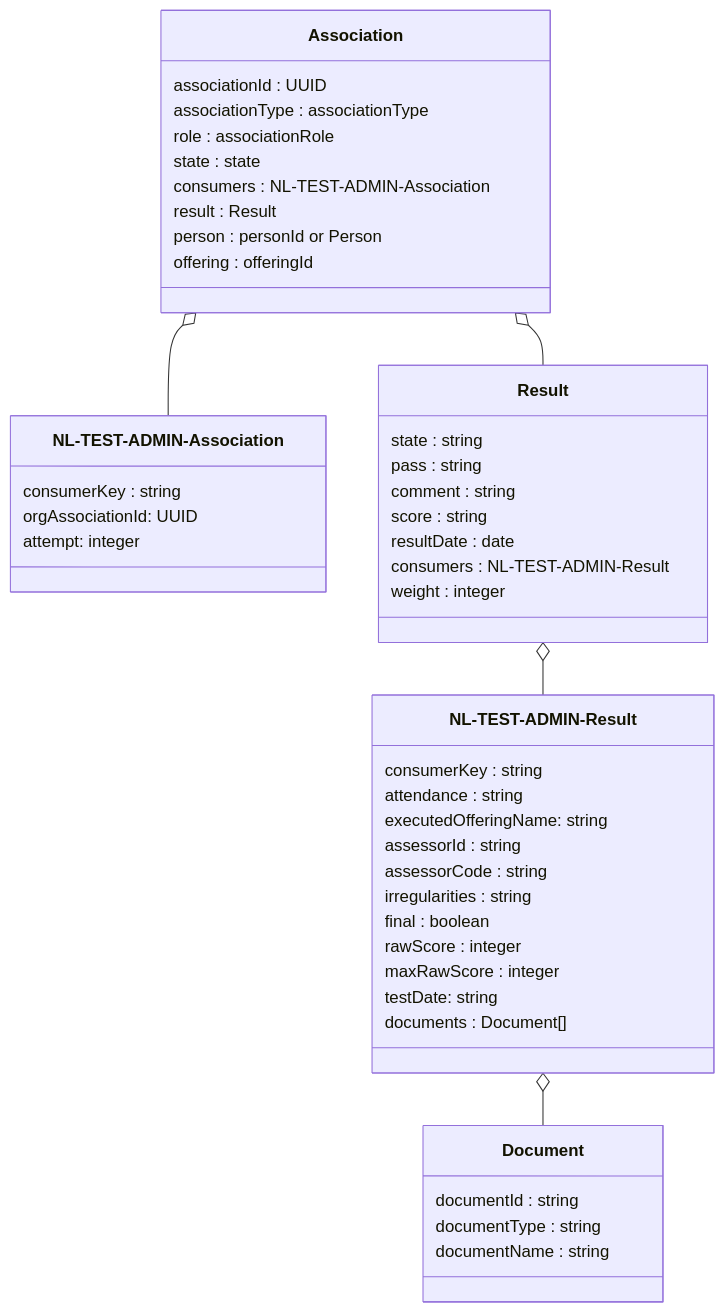
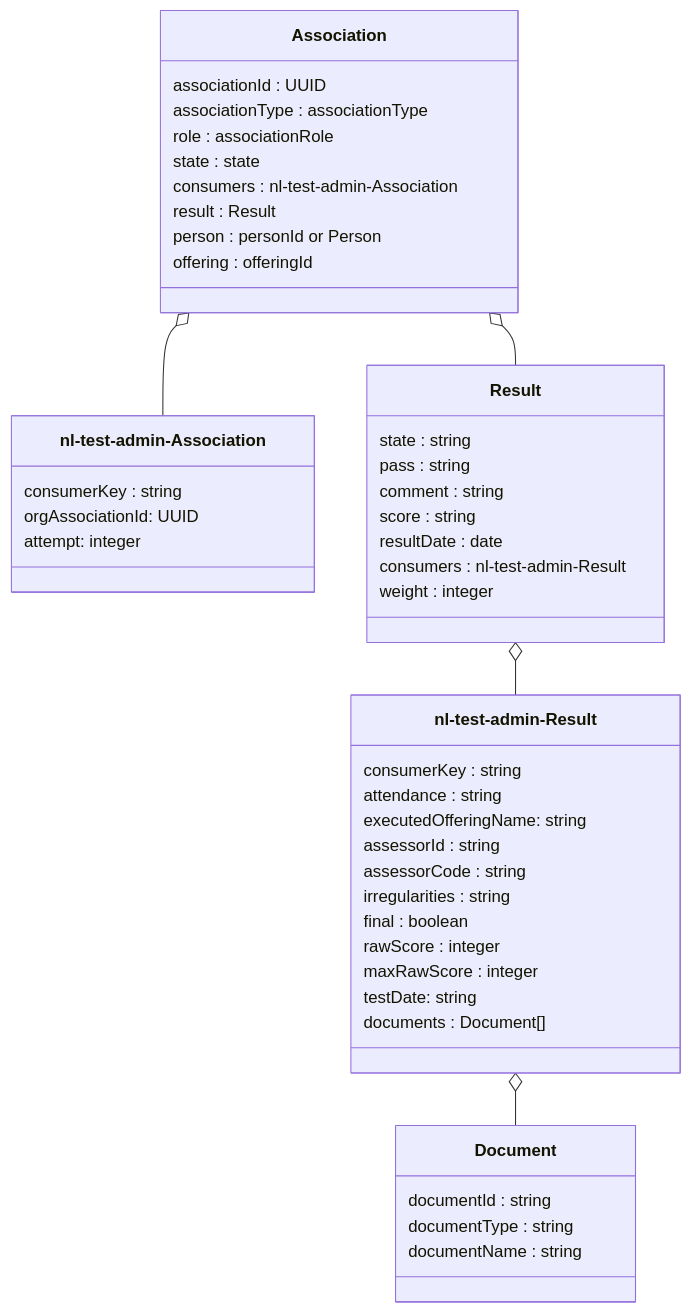
The fourth of 4 diagrams in doc/flow5.md (NetwerkExamineringDigitalisering/NED-OOAPI), drawn with Mermaid before and after one commit. The commit also changed other lines of this file and 26 other files, not shown here.

````diff
--- a/doc/flow5.md
+++ b/doc/flow5.md
@@ -175,49 +175,49 @@
 ```mermaid
 classDiagram
     class Association {
 	associationId : UUID
 	associationType : associationType
 	role : associationRole
 	state : state
-        consumers : NL-TEST-ADMIN-Association
+        consumers : nl-test-admin-Association
     	result : Result
 	person : personId or Person
 	offering : offeringId
     }
-    class `NL-TEST-ADMIN-Association` {
+    class `nl-test-admin-Association` {
         consumerKey : string
         orgAssociationId: UUID
         attempt: integer
     }
     class Result {
     	state : string
         pass : string
         comment : string
         score : string
         resultDate : date
-        consumers : NL-TEST-ADMIN-Result
+        consumers : nl-test-admin-Result
         weight : integer
     }
-    class `NL-TEST-ADMIN-Result` {
+    class `nl-test-admin-Result` {
         consumerKey : string
         attendance : string
         executedOfferingName: string
         assessorId : string
         assessorCode : string 
         irregularities : string
         final : boolean 
         rawScore : integer 
         maxRawScore : integer
         testDate: string
         documents : Document[]
     }
     class Document {
         documentId : string
         documentType : string
         documentName : string
     }
     Association o-- Result
-    Association o-- `NL-TEST-ADMIN-Association`
-    Result o-- `NL-TEST-ADMIN-Result`
-    `NL-TEST-ADMIN-Result` o-- Document
+    Association o-- `nl-test-admin-Association`
+    Result o-- `nl-test-admin-Result`
+    `nl-test-admin-Result` o-- Document
 ```
````
